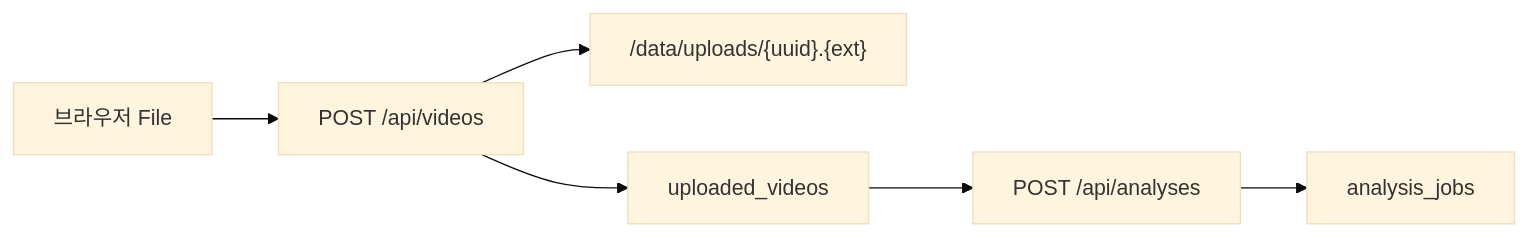
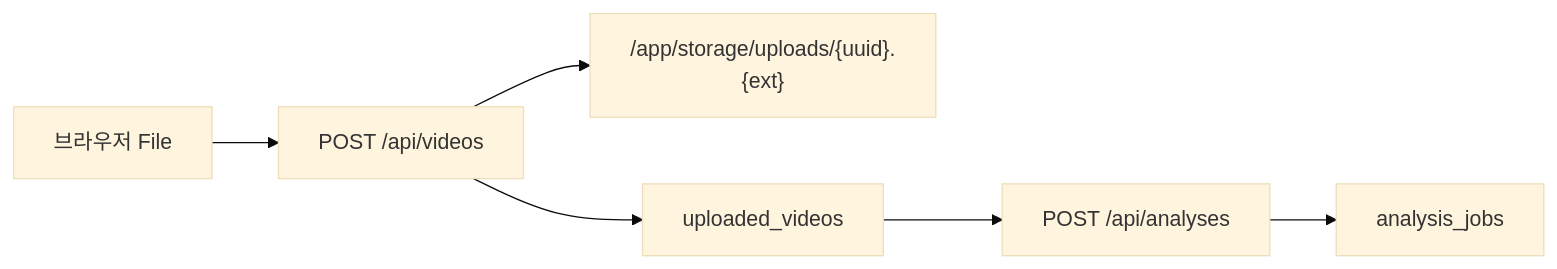
One commit to multiModalAiCoachingSystem/HaniumProject-Spring changed the first of 2 diagrams in docs/architecture/04-data-flow.md. Above: the diagram before and after it, drawn with Mermaid (base theme). The commit also changed other lines of this file and 37 other files, not shown here.

````diff
--- a/docs/architecture/04-data-flow.md
+++ b/docs/architecture/04-data-flow.md
@@ -5,8 +5,8 @@
 ```mermaid
 flowchart LR
     File["브라우저 File"] --> VideoAPI["POST /api/videos"]
-    VideoAPI --> Storage["/data/uploads/{uuid}.{ext}"]
+    VideoAPI --> Storage["/app/storage/uploads/{uuid}.{ext}"]
     VideoAPI --> UploadedVideos["uploaded_videos"]
     UploadedVideos --> AnalysisAPI["POST /api/analyses"]
     AnalysisAPI --> Jobs["analysis_jobs"]
 ```
````
